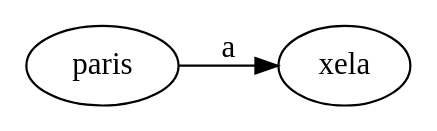
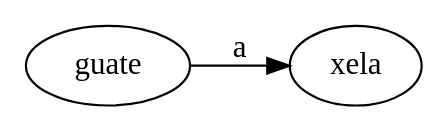
One commit to LouisGonzalez/ESTRUCTURA-Waze-Guatemala changed the diagram in grafica.dot. Above: the diagram before and after it, drawn with Graphviz. The commit also changed 30 other files, not shown here.

```diff
--- a/grafica.dot
+++ b/grafica.dot
@@ -1,4 +1,4 @@
 digraph G {
 rankdir=LR;
-paris->xela[label="a"];
+guate->xela[label="a"];
 }
```
